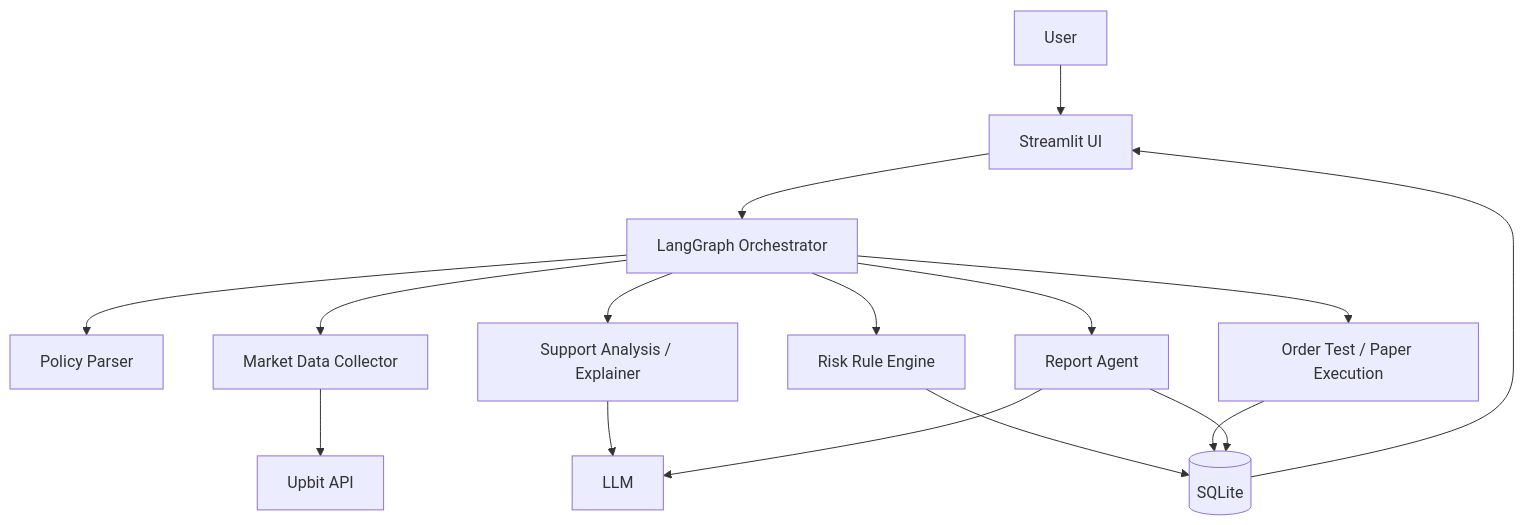
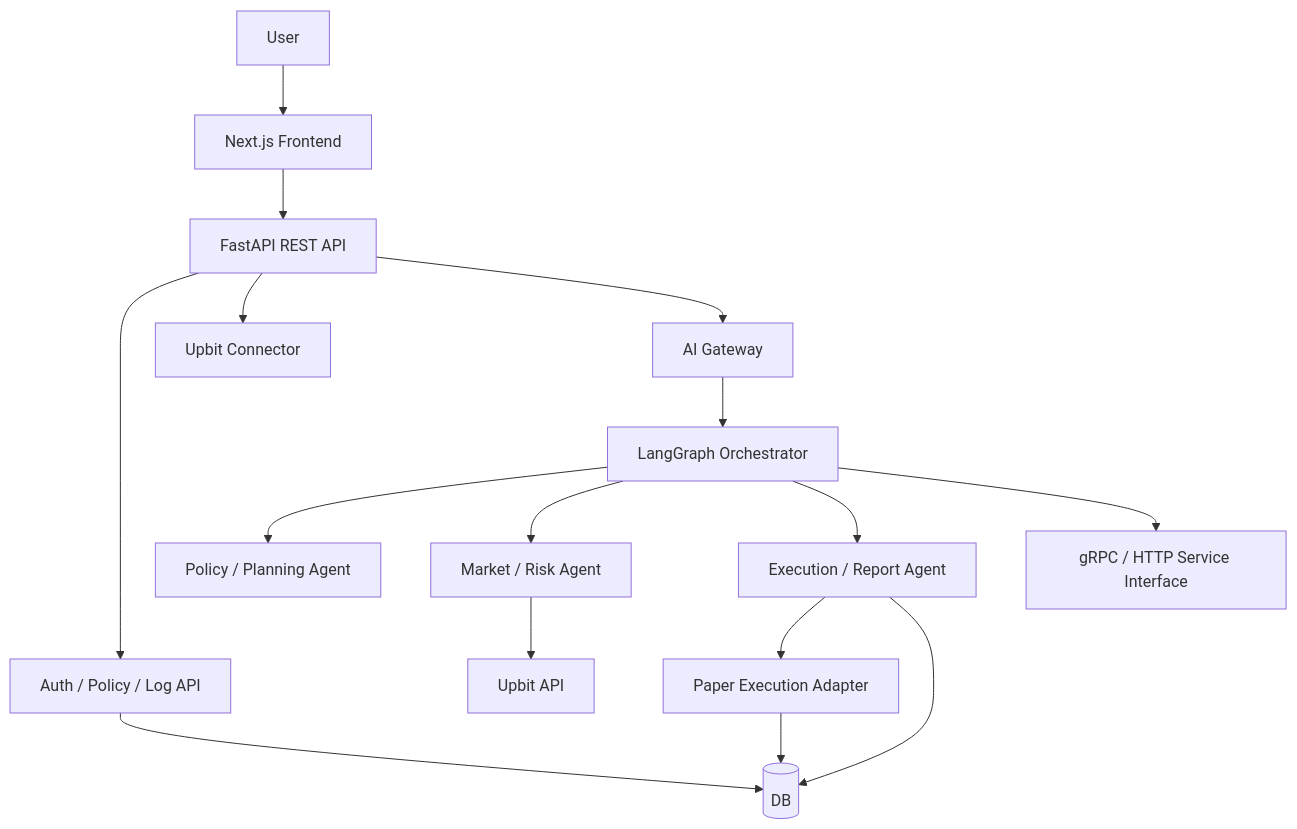
One commit to UpstageAI/sw-maestro-project changed the seventh of 9 diagrams in PROPOSAL.md. Above: the diagram before and after it, drawn with Mermaid. The commit also changed other lines of this file, not shown here.

````diff
--- a/PROPOSAL.md
+++ b/PROPOSAL.md
@@ -183,18 +391,18 @@
 ```mermaid
-flowchart TD
-    U[User] --> UI[Streamlit UI]
-    UI --> ORCH[LangGraph Orchestrator]
-    ORCH --> POLICY[Policy Parser]
-    ORCH --> MARKET[Market Data Collector]
-    ORCH --> ANALYSIS[Support Analysis / Explainer]
-    ORCH --> RISK[Risk Rule Engine]
-    ORCH --> EXEC[Order Test / Paper Execution]
-    ORCH --> REPORT[Report Agent]
-    MARKET --> UPBIT[Upbit API]
-    ANALYSIS --> LLM[LLM]
-    REPORT --> LLM
-    RISK --> STORE[(SQLite)]
-    EXEC --> STORE
-    REPORT --> STORE
-    STORE --> UI
+flowchart TB
+    USER[User] --> FE[Next.js Frontend]
+    FE --> API[FastAPI REST API]
+    API --> AUTH[Auth / Policy / Log API]
+    API --> UPBITAD[Upbit Connector]
+    API --> AIGW[AI Gateway]
+    AIGW --> LG[LangGraph Orchestrator]
+    LG --> P1[Policy / Planning Agent]
+    LG --> P2[Market / Risk Agent]
+    LG --> P3[Execution / Report Agent]
+    P2 --> UPBIT[Upbit API]
+    P3 --> EXEC[Paper Execution Adapter]
+    AUTH --> DB[(DB)]
+    EXEC --> DB
+    P3 --> DB
+    LG --> GRPC[gRPC / HTTP Service Interface]
 ```
````
